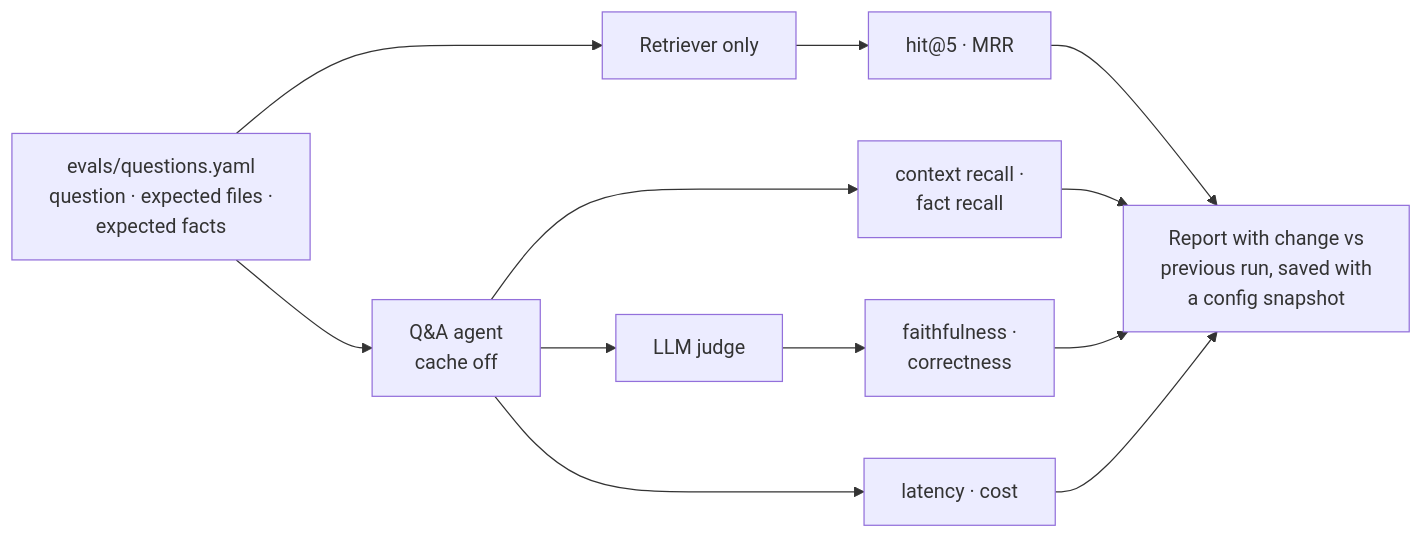
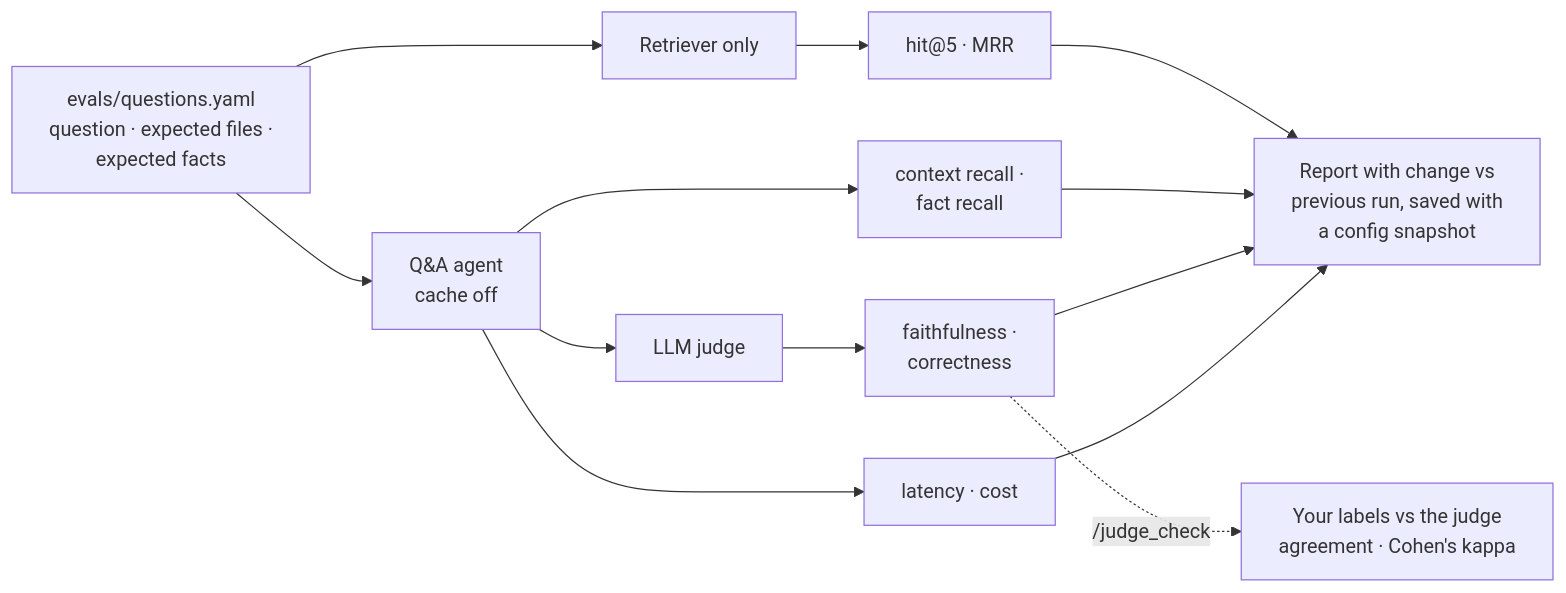
One commit to Parth-Babariya/RepoPilot changed the eighth of 9 diagrams in README.md. Above: the diagram before and after it, drawn with Mermaid. The commit also changed other lines of this file and 28 other files, not shown here.

First line of the commit message:
Verified /plan execution, re-planning, tool safety, hybrid search, judge check

````diff
--- a/README.md
+++ b/README.md
@@ -239,13 +286,14 @@
 ```mermaid
 flowchart LR
     qs["evals/questions.yaml<br/>question · expected files ·<br/>expected facts"]
     qs --> ret["Retriever only"] --> m1["hit@5 · MRR"]
     qs --> agent["Q&A agent<br/>cache off"]
     agent --> m2["context recall ·<br/>fact recall"]
     agent --> judge["LLM judge"] --> m3["faithfulness ·<br/>correctness"]
     agent --> m4["latency · cost"]
     m1 --> rep["Report with change vs<br/>previous run, saved with<br/>a config snapshot"]
     m2 --> rep
     m3 --> rep
     m4 --> rep
+    m3 -. "/judge_check" .-> jc["Your labels vs the judge<br/>agreement · Cohen's kappa"]
 ```
````
